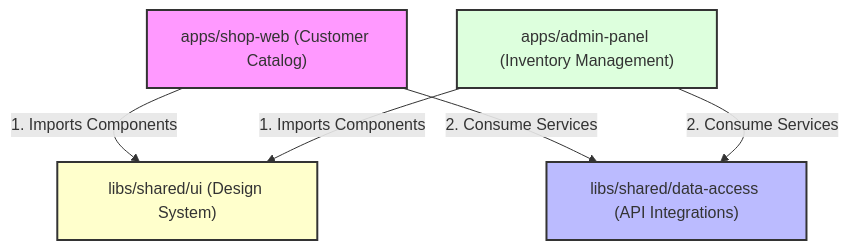
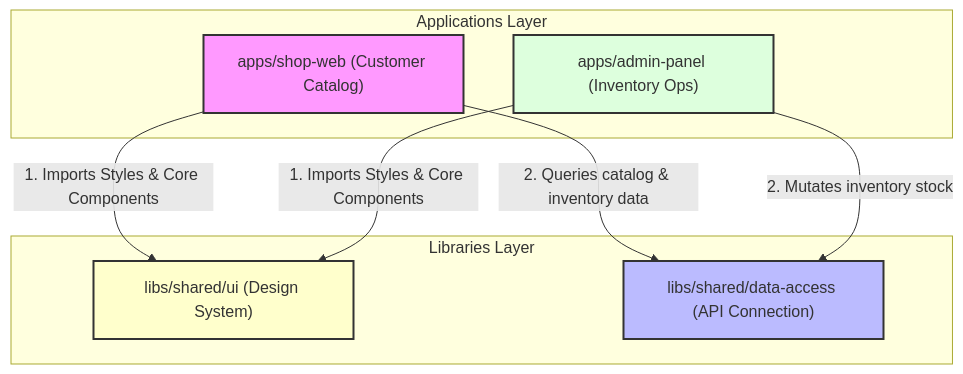
The diagram in README.md (lrangela/techgear-inventory-pro), drawn with Mermaid before and after one commit. The commit also changed other lines of this file and 1 other file, not shown here.

````diff
--- a/README.md
+++ b/README.md
@@ -14,13 +11,22 @@
 ```mermaid
 graph TD
-    ShopApp["apps/shop-web (Customer Catalog)"] -->|1. Imports Components| SharedUI["libs/shared/ui (Design System)"]
-    AdminApp["apps/admin-panel (Inventory Management)"] -->|1. Imports Components| SharedUI
+    subgraph apps [Applications Layer]
+        ShopWeb["apps/shop-web (Customer Catalog)"]
+        AdminPanel["apps/admin-panel (Inventory Ops)"]
+    end
     
-    ShopApp -->|2. Consume Services| DataAccess["libs/shared/data-access (API Integrations)"]
-    AdminApp -->|2. Consume Services| DataAccess
+    subgraph libs [Libraries Layer]
+        SharedUI["libs/shared/ui (Design System)"]
+        DataAccess["libs/shared/data-access (API Connection)"]
+    end
     
-    style ShopApp fill:#f9f,stroke:#333,stroke-width:2px
-    style AdminApp fill:#dfd,stroke:#333,stroke-width:2px
+    ShopWeb -->|1. Imports Styles & Core Components| SharedUI
+    AdminPanel -->|1. Imports Styles & Core Components| SharedUI
+    ShopWeb -->|2. Queries catalog & inventory data| DataAccess
+    AdminPanel -->|2. Mutates inventory stock| DataAccess
+    
+    style ShopWeb fill:#f9f,stroke:#333,stroke-width:2px
+    style AdminPanel fill:#dfd,stroke:#333,stroke-width:2px
     style SharedUI fill:#ffc,stroke:#333,stroke-width:2px
     style DataAccess fill:#bbf,stroke:#333,stroke-width:2px
 ```
````
